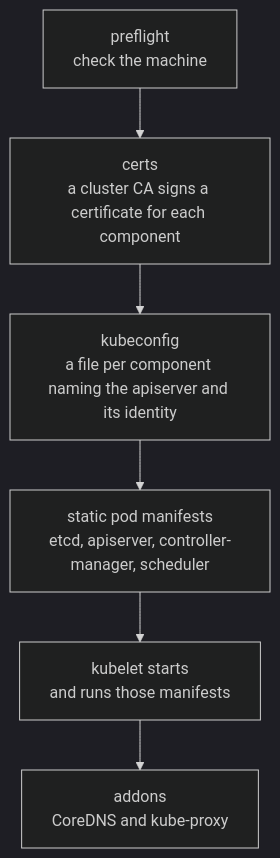
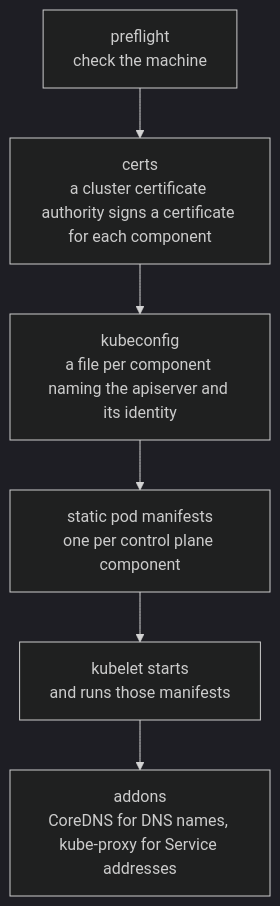
The first of 2 diagrams in learn/kubeadm.md (jclapdev/cka-study), drawn with Mermaid (dark theme) before and after one commit. The commit also changed other lines of this file and 37 other files, not shown here.

````diff
--- a/learn/kubeadm.md
+++ b/learn/kubeadm.md
@@ -9,8 +9,8 @@
 ```mermaid
 flowchart TD
-  P[preflight<br/>check the machine] --> C[certs<br/>a cluster CA signs a certificate for each component]
+  P[preflight<br/>check the machine] --> C[certs<br/>a cluster certificate authority signs a certificate for each component]
   C --> K[kubeconfig<br/>a file per component naming the apiserver and its identity]
-  K --> M[static pod manifests<br/>etcd, apiserver, controller-manager, scheduler]
+  K --> M[static pod manifests<br/>one per control plane component]
   M --> L[kubelet starts<br/>and runs those manifests]
-  L --> A[addons<br/>CoreDNS and kube-proxy]
+  L --> A[addons<br/>CoreDNS for DNS names, kube-proxy for Service addresses]
 ```
````
